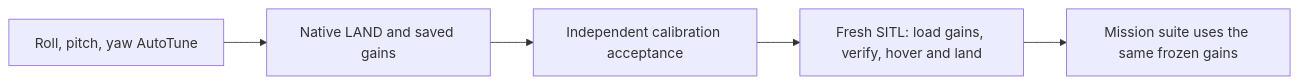
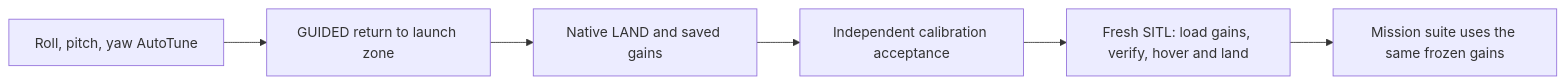
One commit to williserdman/drone_sim changed the second of 2 diagrams in docs/architecture.md. Above: the diagram before and after it, drawn with Mermaid. The commit also changed other lines of this file and 7 other files, not shown here.

Commit message:
Return all-axis calibration to launch zone before landing

````diff
--- a/docs/architecture.md
+++ b/docs/architecture.md
@@ -211,7 +211,8 @@
 ```mermaid
 flowchart LR
-    T[Roll, pitch, yaw AutoTune] --> L[Native LAND and saved gains]
+    T[Roll, pitch, yaw AutoTune] --> R[GUIDED return to launch zone]
+    R --> L[Native LAND and saved gains]
     L --> A[Independent calibration acceptance]
     A --> H[Fresh SITL: load gains, verify, hover and land]
     H --> M[Mission suite uses the same frozen gains]
 ```
````
